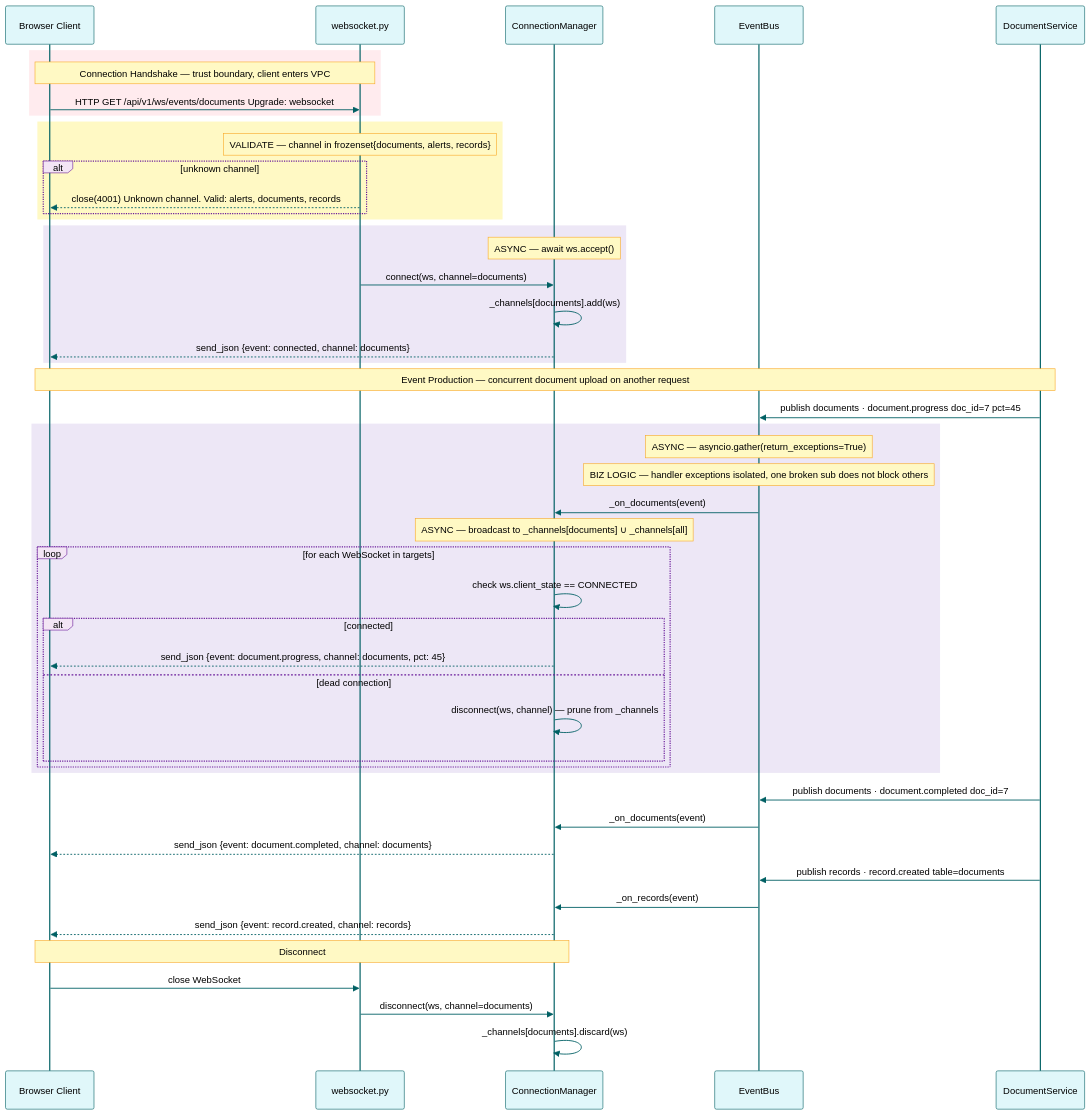
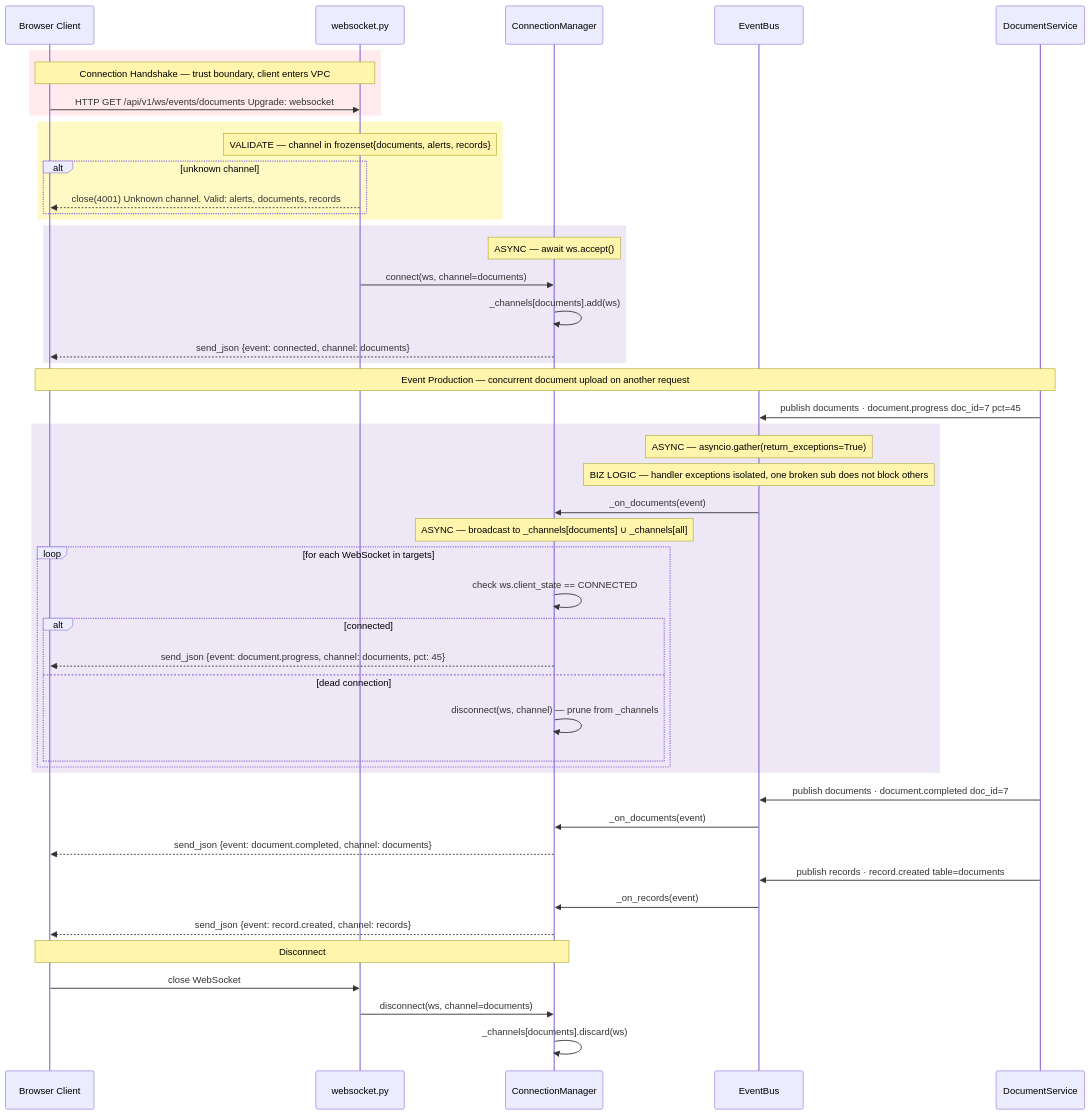
One commit to EsraaRMashaal/dataisource-takehome changed the third of 5 diagrams in docs/diagram-requirements.md. Above: the diagram before and after it, drawn with Mermaid. The commit also changed other lines of this file and 12 other files, not shown here.

````diff
--- a/docs/diagram-requirements.md
+++ b/docs/diagram-requirements.md
@@ -261,60 +259,59 @@
 ```mermaid
-%%{init: {'theme': 'base', 'themeVariables': {'actorBkg': '#E0F7FA', 'actorBorder': '#006064', 'actorTextColor': '#000000', 'signalColor': '#006064', 'signalTextColor': '#000000', 'noteBkgColor': '#FFF9C4', 'noteTextColor': '#000000', 'noteBorderColor': '#F9A825', 'labelBoxBkgColor': '#F3E5F5', 'labelBoxBorderColor': '#6A1B9A', 'activationBkgColor': '#B2EBF2', 'activationBorderColor': '#006064'}}}%%
 sequenceDiagram
     participant C   as Browser Client
     participant EP  as websocket.py
     participant CM  as ConnectionManager
     participant EB  as EventBus
     participant DS  as DocumentService
 
     rect rgb(255, 235, 238)
         Note over C,EP: Connection Handshake — trust boundary, client enters VPC
         C->>EP: HTTP GET /api/v1/ws/events/documents  Upgrade: websocket
     end
 
     rect rgb(255, 249, 196)
         Note over EP: VALIDATE — channel in frozenset{documents, alerts, records}
         alt unknown channel
             EP-->>C: close(4001) Unknown channel. Valid: alerts, documents, records
         end
     end
 
     rect rgb(237, 231, 246)
         Note over CM: ASYNC — await ws.accept()
         EP->>CM: connect(ws, channel=documents)
         CM->>CM: _channels[documents].add(ws)
         CM-->>C: send_json {event: connected, channel: documents}
     end
 
     Note over C,DS: Event Production — concurrent document upload on another request
 
     DS->>EB: publish documents · document.progress doc_id=7 pct=45
 
     rect rgb(237, 231, 246)
         Note over EB: ASYNC — asyncio.gather(return_exceptions=True)
         Note over EB: BIZ LOGIC — handler exceptions isolated, one broken sub does not block others
         EB->>CM: _on_documents(event)
         Note over CM: ASYNC — broadcast to _channels[documents] ∪ _channels[all]
         loop for each WebSocket in targets
             CM->>CM: check ws.client_state == CONNECTED
             alt connected
                 CM-->>C: send_json {event: document.progress, channel: documents, pct: 45}
             else dead connection
                 CM->>CM: disconnect(ws, channel) — prune from _channels
             end
         end
     end
 
     DS->>EB: publish documents · document.completed doc_id=7
     EB->>CM: _on_documents(event)
     CM-->>C: send_json {event: document.completed, channel: documents}
 
     DS->>EB: publish records · record.created table=documents
     EB->>CM: _on_records(event)
     CM-->>C: send_json {event: record.created, channel: records}
 
     Note over C,CM: Disconnect
     C->>EP: close WebSocket
     EP->>CM: disconnect(ws, channel=documents)
     CM->>CM: _channels[documents].discard(ws)
 ```
````
